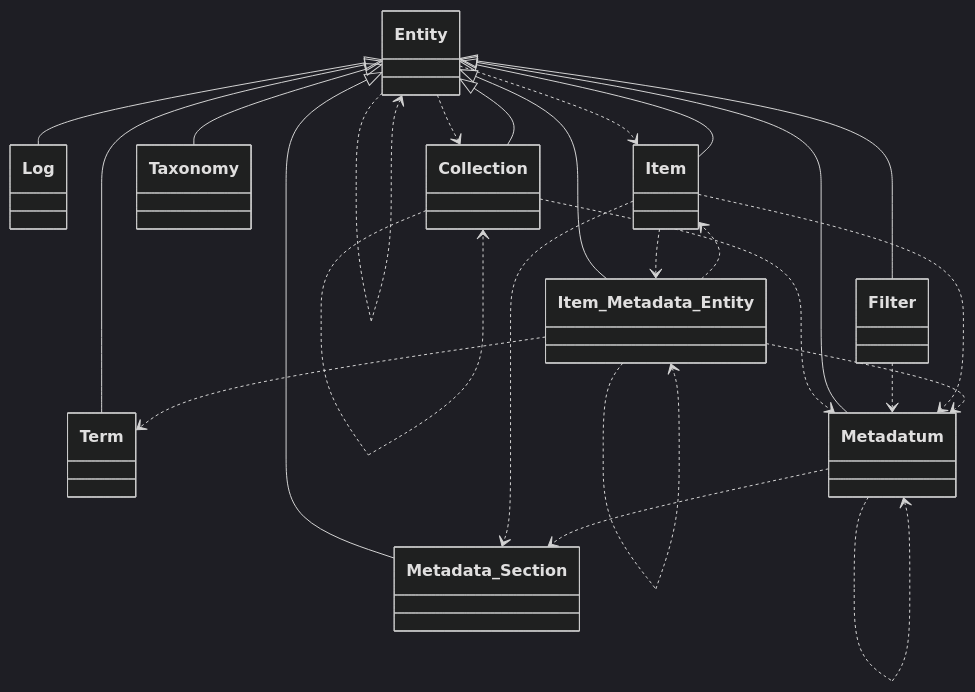
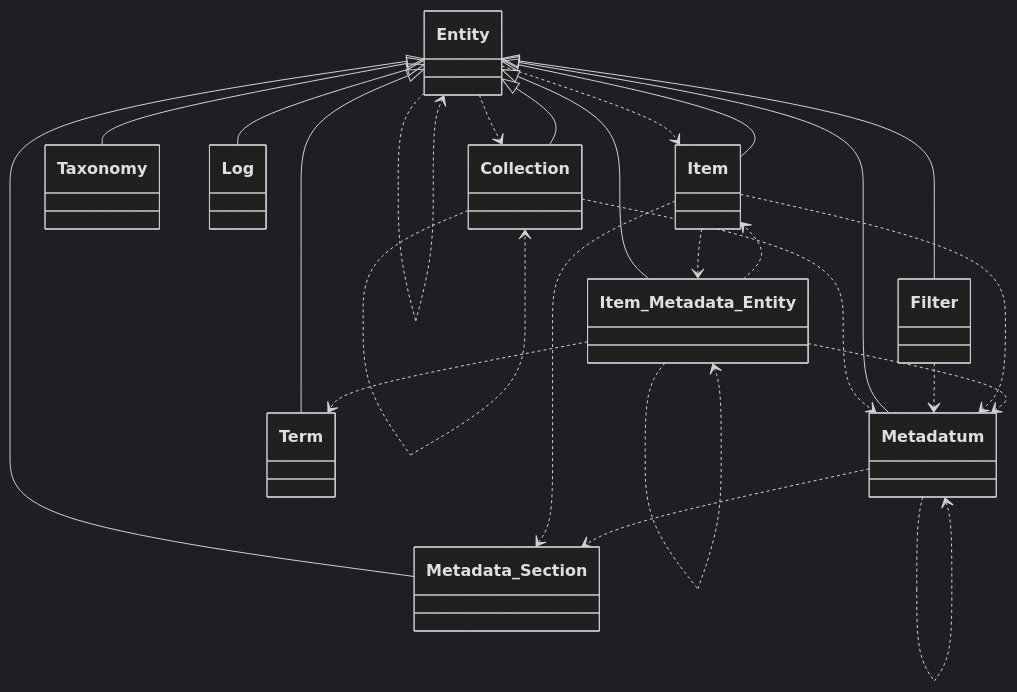
One commit to tainacan/tainacan changed the fourth of 13 diagrams in docs/phpdoc/Home.md. Above: the diagram before and after it, drawn with Mermaid (dark theme). The commit also changed other lines of this file and 100 other files, not shown here.

````diff
--- a/docs/phpdoc/Home.md
+++ b/docs/phpdoc/Home.md
@@ -360,38 +360,38 @@
 ```mermaid
 classDiagram
     direction TB
+    class Entity { }
+    class Metadatum { }
+    class Item_Metadata_Entity { }
+    class Filter { }
+    class Collection { }
+    class Taxonomy { }
     class Log { }
+    class Metadata_Section { }
     class Item { }
-    class Metadata_Section { }
     class Term { }
-    class Taxonomy { }
-    class Entity { }
-    class Collection { }
-    class Item_Metadata_Entity { }
-    class Metadatum { }
-    class Filter { }
     Collection ..> Collection
     Collection ..> Metadatum
     Entity ..> Collection
     Entity ..> Entity
     Entity ..> Item
     Entity <|-- Collection
     Entity <|-- Filter
     Entity <|-- Item
     Entity <|-- Item_Metadata_Entity
     Entity <|-- Log
     Entity <|-- Metadata_Section
     Entity <|-- Metadatum
     Entity <|-- Taxonomy
     Entity <|-- Term
     Filter ..> Metadatum
     Item ..> Item_Metadata_Entity
     Item ..> Metadata_Section
     Item ..> Metadatum
     Item_Metadata_Entity ..> Item
     Item_Metadata_Entity ..> Item_Metadata_Entity
     Item_Metadata_Entity ..> Metadatum
     Item_Metadata_Entity ..> Term
     Metadatum ..> Metadata_Section
     Metadatum ..> Metadatum
 ```
````
